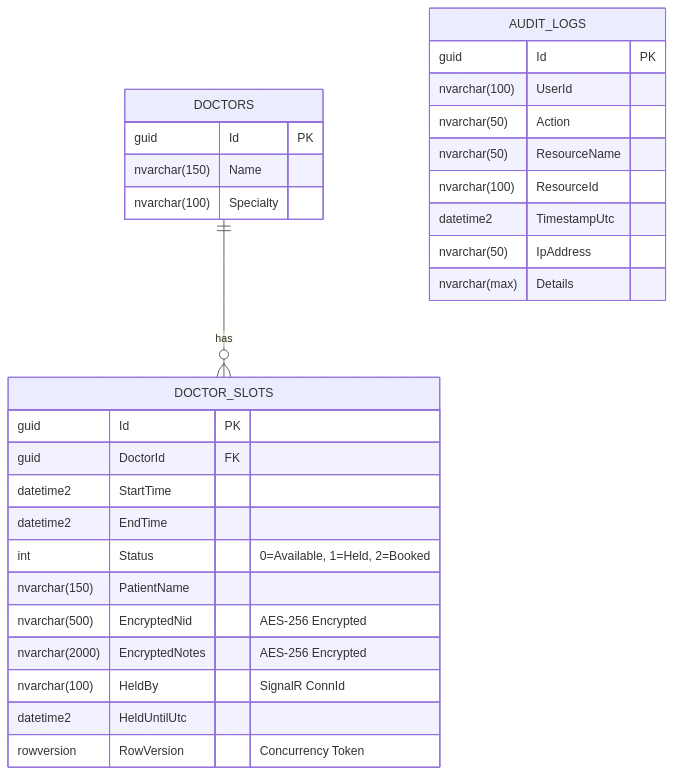
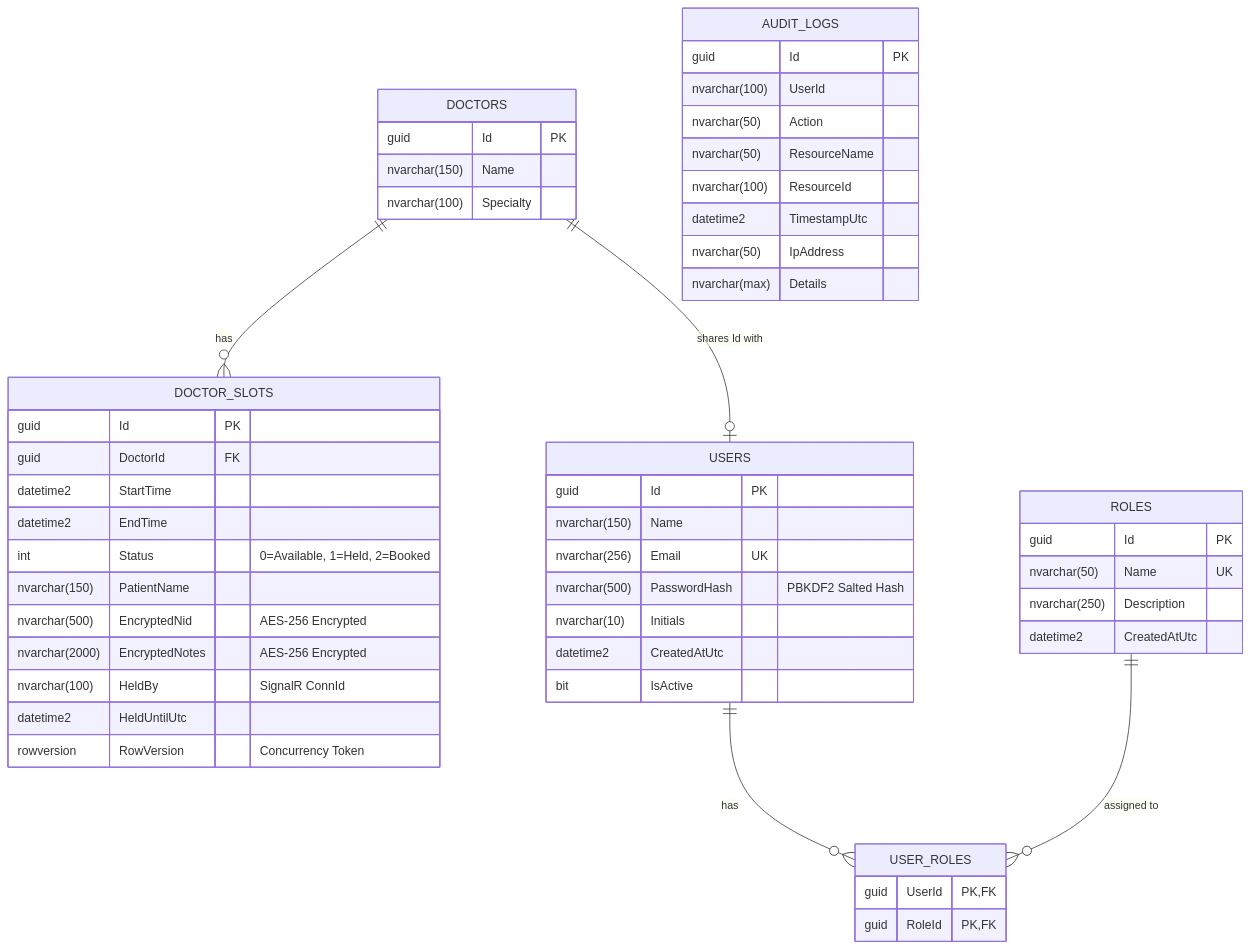
The third of 3 diagrams in README.md (abdulla30r/CareSlot), drawn with Mermaid before and after one commit. The commit also changed other lines of this file and 11 other files, not shown here.

Commit message:
feat(rbac): implement many-to-many database RBAC with Roles, Users, and UserRoles in SQL Server

````diff
--- a/README.md
+++ b/README.md
@@ -138,32 +138,55 @@
 ```mermaid
 erDiagram
     DOCTORS ||--o{ DOCTOR_SLOTS : "has"
+    USERS ||--o{ USER_ROLES : "has"
+    ROLES ||--o{ USER_ROLES : "assigned to"
+    DOCTORS ||--o| USERS : "shares Id with"
+
+    USERS {
+        guid Id PK
+        nvarchar(150) Name
+        nvarchar(256) Email UK
+        nvarchar(500) PasswordHash "PBKDF2 Salted Hash"
+        nvarchar(10) Initials
+        datetime2 CreatedAtUtc
+        bit IsActive
+    }
+    ROLES {
+        guid Id PK
+        nvarchar(50) Name UK
+        nvarchar(250) Description
+        datetime2 CreatedAtUtc
+    }
+    USER_ROLES {
+        guid UserId PK,FK
+        guid RoleId PK,FK
+    }
     DOCTORS {
         guid Id PK
         nvarchar(150) Name
         nvarchar(100) Specialty
     }
     DOCTOR_SLOTS {
         guid Id PK
         guid DoctorId FK
         datetime2 StartTime
         datetime2 EndTime
         int Status "0=Available, 1=Held, 2=Booked"
         nvarchar(150) PatientName
         nvarchar(500) EncryptedNid "AES-256 Encrypted"
         nvarchar(2000) EncryptedNotes "AES-256 Encrypted"
         nvarchar(100) HeldBy "SignalR ConnId"
         datetime2 HeldUntilUtc
         rowversion RowVersion "Concurrency Token"
     }
     AUDIT_LOGS {
         guid Id PK
         nvarchar(100) UserId
         nvarchar(50) Action
         nvarchar(50) ResourceName
         nvarchar(100) ResourceId
         datetime2 TimestampUtc
         nvarchar(50) IpAddress
         nvarchar(max) Details
     }
 ```
````
